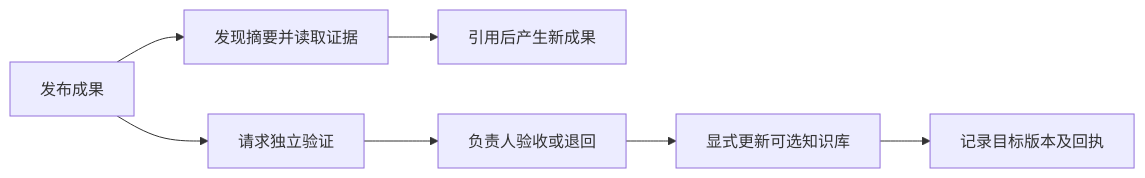
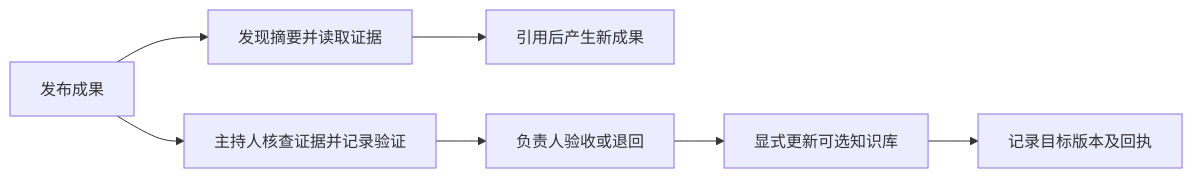
The second of 2 diagrams in docs/zh-CN/design/07-outcomes.md (coolplayagent/agent-research-lab), drawn with Mermaid before and after one commit. The commit also changed other lines of this file and 68 other files, not shown here.

````diff
--- a/docs/zh-CN/design/07-outcomes.md
+++ b/docs/zh-CN/design/07-outcomes.md
@@ -50,9 +50,9 @@
 ```mermaid
 flowchart LR
   P[发布成果] --> R[发现摘要并读取证据]
   R --> N[引用后产生新成果]
-  P --> V[请求独立验证]
+  P --> V[主持人核查证据并记录验证]
   V --> A[负责人验收或退回]
   A --> K[显式更新可选知识库]
   K --> C[记录目标版本及回执]
 ```
````
